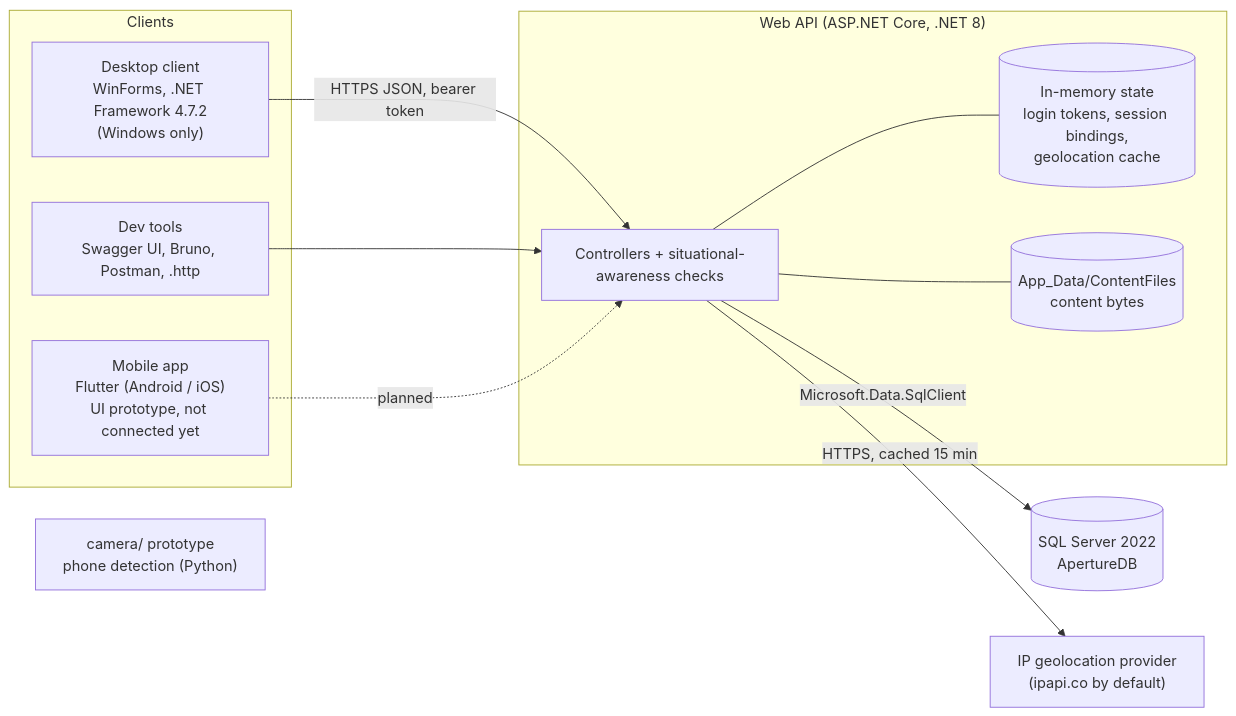
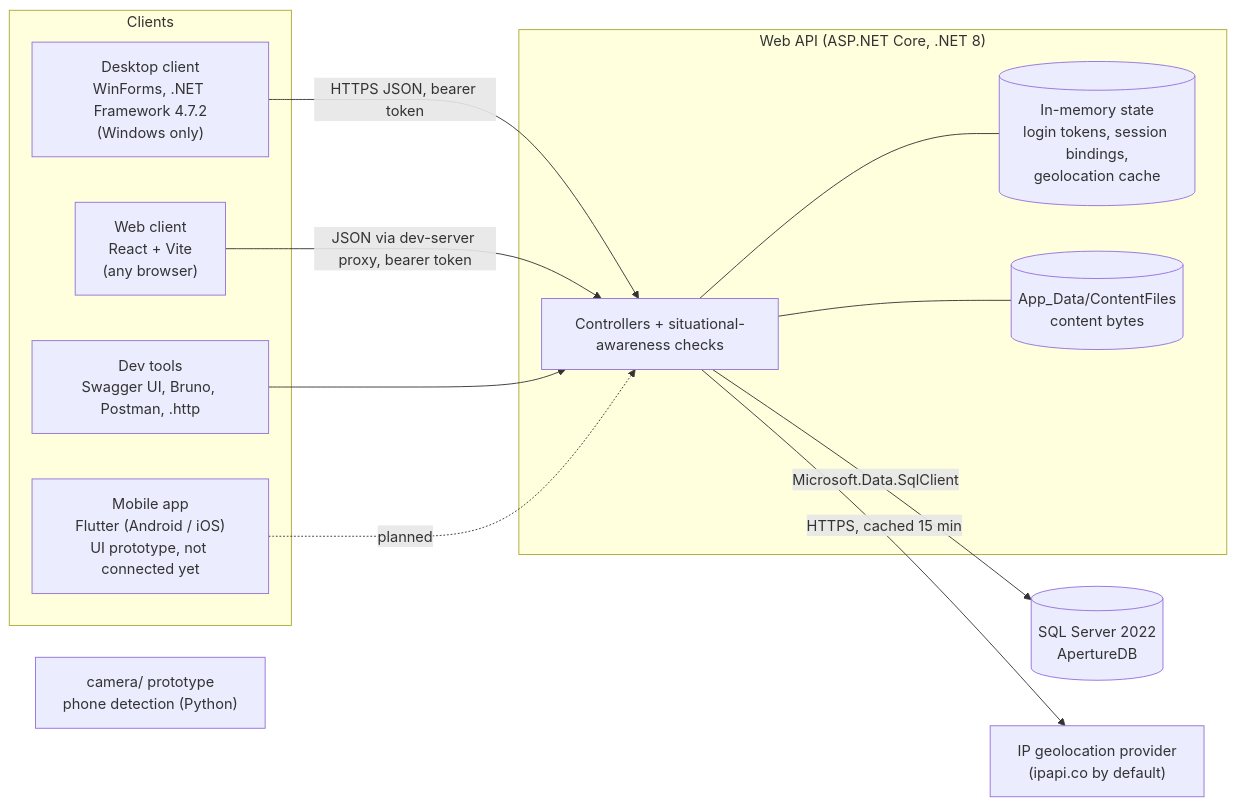
One commit to JorgeOrtizCS/aperture changed the first of 4 diagrams in docs/ARCHITECTURE.md. Above: the diagram before and after it, drawn with Mermaid. The commit also changed other lines of this file and 35 other files, not shown here.

First line of the commit message:
Add React web client with map-based location picker

````diff
--- a/docs/ARCHITECTURE.md
+++ b/docs/ARCHITECTURE.md
@@ -9,26 +9,28 @@
 ```mermaid
 flowchart LR
     subgraph Clients
         D["Desktop client<br/>WinForms, .NET Framework 4.7.2<br/>(Windows only)"]
+        W["Web client<br/>React + Vite<br/>(any browser)"]
         M["Mobile app<br/>Flutter (Android / iOS)<br/>UI prototype, not connected yet"]
         T["Dev tools<br/>Swagger UI, Bruno, Postman, .http"]
     end
 
     subgraph Server["Web API (ASP.NET Core, .NET 8)"]
         API["Controllers + situational-awareness checks"]
         MEM[("In-memory state<br/>login tokens, session bindings,<br/>geolocation cache")]
         FS[("App_Data/ContentFiles<br/>content bytes")]
     end
 
     DB[("SQL Server 2022<br/>ApertureDB")]
     GEO["IP geolocation provider<br/>(ipapi.co by default)"]
     CAM["camera/ prototype<br/>phone detection (Python)"]
 
     D -- "HTTPS JSON, bearer token" --> API
+    W -- "JSON via dev-server proxy, bearer token" --> API
     T --> API
     M -. "planned" .-> API
     API --- MEM
     API --- FS
     API -- "Microsoft.Data.SqlClient" --> DB
     API -- "HTTPS, cached 15 min" --> GEO
 ```
````
